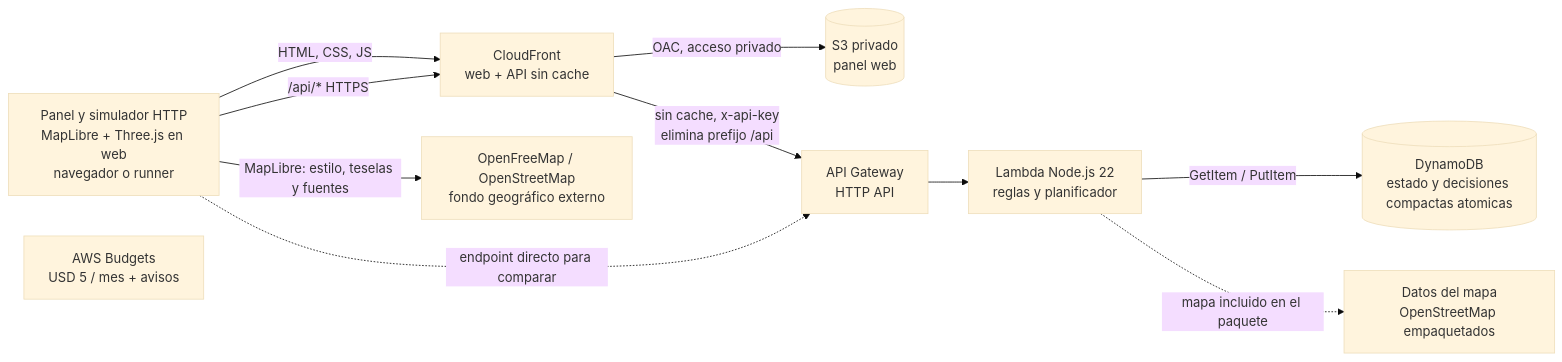
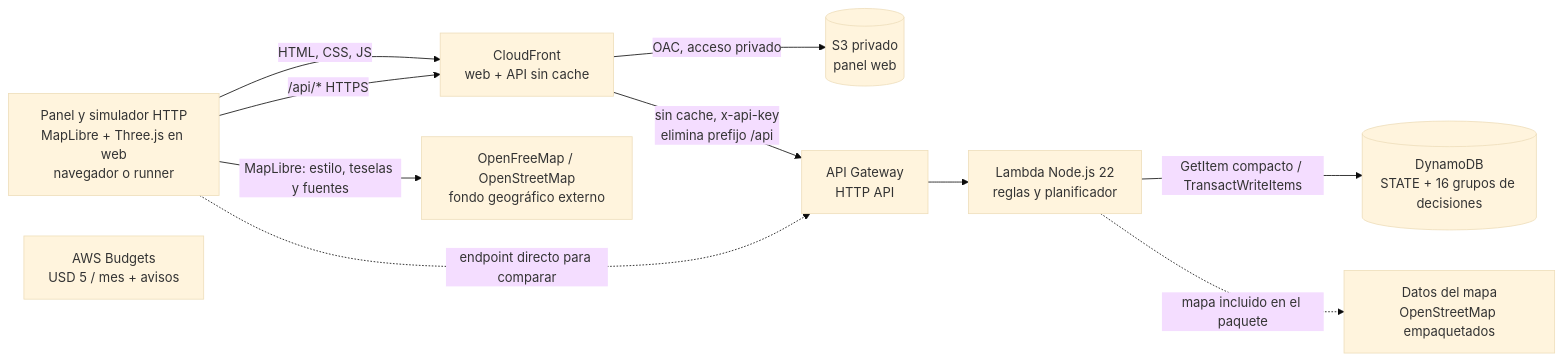
One commit to 29129/Spookython changed the diagram in docs/arquitectura.mmd. Above: the diagram before and after it, drawn with Mermaid (base theme). The commit also changed 10 other files, not shown here.

```diff
--- a/docs/arquitectura.mmd
+++ b/docs/arquitectura.mmd
@@ -1,20 +1,20 @@
 flowchart LR
     Browser[Panel y simulador HTTP<br/>MapLibre + Three.js en web<br/>navegador o runner]
     CF[CloudFront<br/>web + API sin cache]
     S3[(S3 privado<br/>panel web)]
     APIGW[API Gateway<br/>HTTP API]
     Lambda[Lambda Node.js 22<br/>reglas y planificador]
-    DDB[(DynamoDB<br/>estado y decisiones compactas atomicas)]
+    DDB[(DynamoDB<br/>STATE + 16 grupos de decisiones)]
     OSM[Datos del mapa<br/>OpenStreetMap empaquetados]
 
     Browser -->|HTML, CSS, JS| CF
     Basemap[OpenFreeMap / OpenStreetMap<br/>fondo geográfico externo]
     Browser -->|MapLibre: estilo, teselas y fuentes| Basemap
     CF -->|OAC, acceso privado| S3
     Browser -->|/api/* HTTPS| CF
     CF -->|sin cache, x-api-key<br/>elimina prefijo /api| APIGW
     Browser -.->|endpoint directo para comparar| APIGW
     APIGW --> Lambda
-    Lambda -->|GetItem / PutItem| DDB
+    Lambda -->|GetItem compacto / TransactWriteItems| DDB
     Lambda -.->|mapa incluido en el paquete| OSM
     Budget[AWS Budgets<br/>USD 5 / mes + avisos]
```
